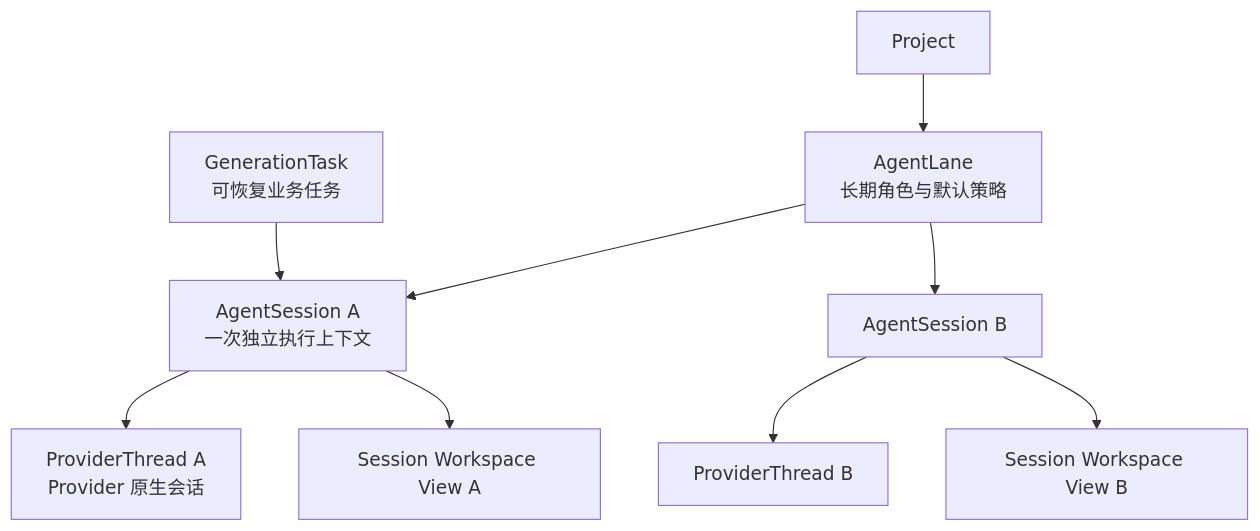
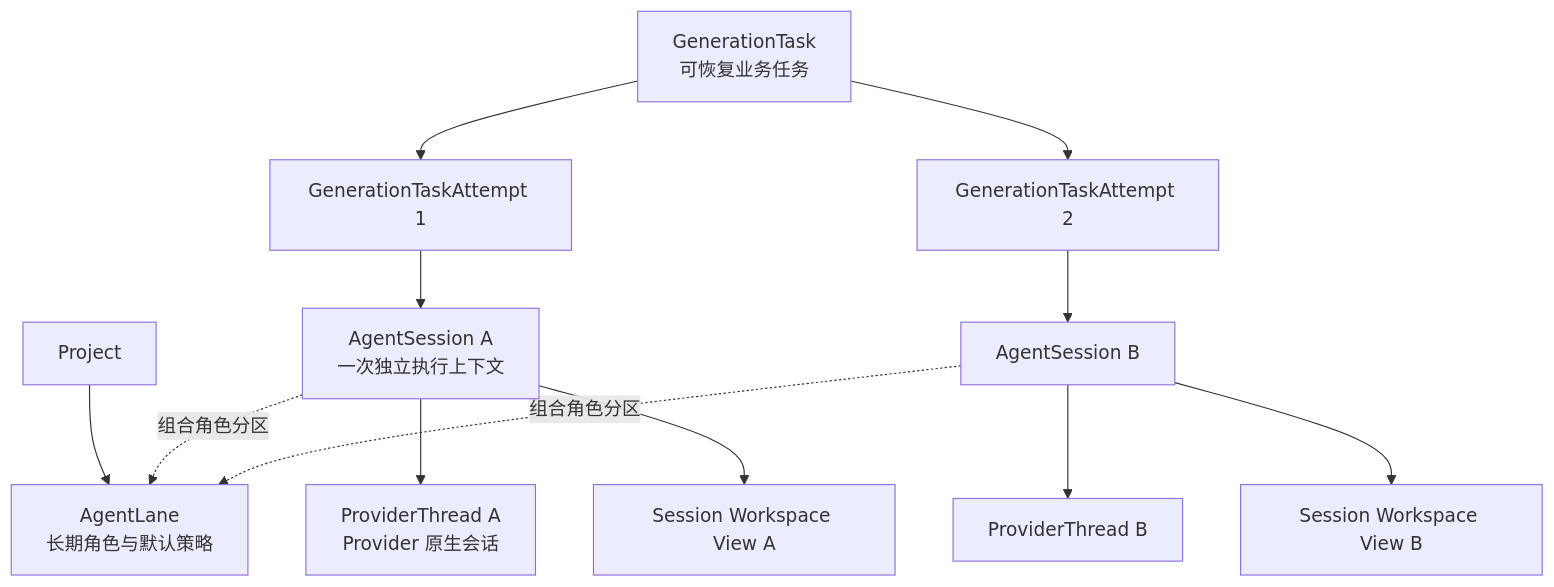
One commit to wu-tian807/learning-companion changed the first of 2 diagrams in docs/superpowers/specs/2026-08-03-agent-lane-session-and-generation-runtime-design.md. Above: the diagram before and after it, drawn with Mermaid. The commit also changed other lines of this file and 1 other file, not shown here.

Commit message:
文档：改进生成任务与 Agent Session 组合关系

````diff
--- a/docs/superpowers/specs/2026-08-03-agent-lane-session-and-generation-runtime-design.md
+++ b/docs/superpowers/specs/2026-08-03-agent-lane-session-and-generation-runtime-design.md
@@ -62,21 +65,24 @@
 ```mermaid
 flowchart TD
     PROJECT["Project"]
     LANE["AgentLane<br/>长期角色与默认策略"]
     SESSION_A["AgentSession A<br/>一次独立执行上下文"]
     SESSION_B["AgentSession B"]
     TASK["GenerationTask<br/>可恢复业务任务"]
+    ATTEMPT_A["GenerationTaskAttempt 1"]
+    ATTEMPT_B["GenerationTaskAttempt 2"]
     THREAD_A["ProviderThread A<br/>Provider 原生会话"]
     THREAD_B["ProviderThread B"]
     WORK_A["Session Workspace View A"]
     WORK_B["Session Workspace View B"]
 
     PROJECT --> LANE
-    LANE --> SESSION_A
-    LANE --> SESSION_B
-    TASK --> SESSION_A
+    SESSION_A -. "组合角色分区" .-> LANE
+    SESSION_B -. "组合角色分区" .-> LANE
+    TASK --> ATTEMPT_A --> SESSION_A
+    TASK --> ATTEMPT_B --> SESSION_B
     SESSION_A --> THREAD_A
     SESSION_B --> THREAD_B
     SESSION_A --> WORK_A
     SESSION_B --> WORK_B
 ```
````
